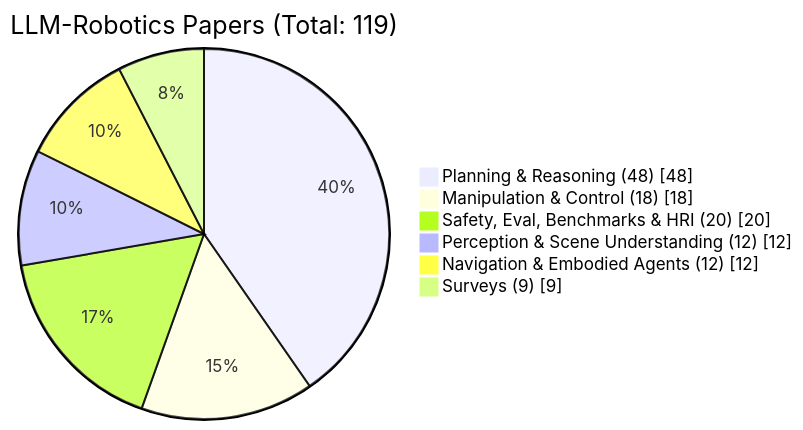
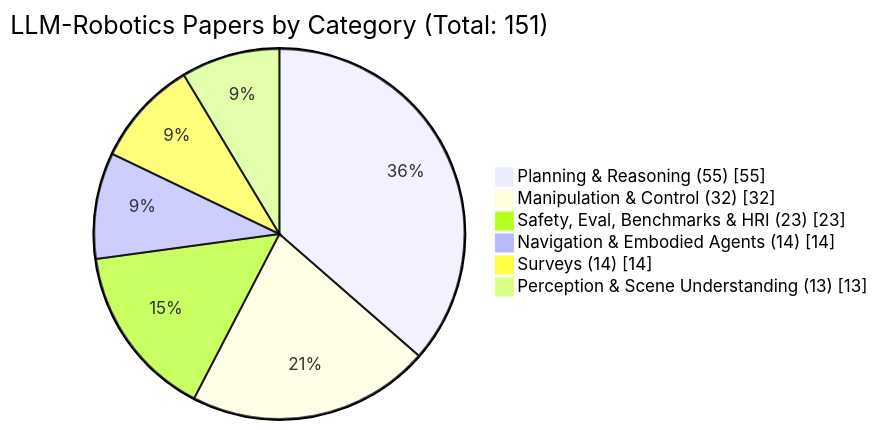
One commit to TTZ-KT/LLMs-Used-in-Robotics changed the diagram in README.md. Above: the diagram before and after it, drawn with Mermaid. The commit also changed other lines of this file, not shown here.

````diff
--- a/README.md
+++ b/README.md
@@ -64,10 +70,10 @@
 ```mermaid
 pie showData
-    title LLM-Robotics Papers (Total: 119)
-    "Planning & Reasoning (48)" : 48
-    "Manipulation & Control (18)" : 18
-    "Safety, Eval, Benchmarks & HRI (20)" : 20
-    "Perception & Scene Understanding (12)" : 12
-    "Navigation & Embodied Agents (12)" : 12
-    "Surveys (9)" : 9
+    title LLM-Robotics Papers by Category (Total: 151)
+    "Planning & Reasoning (55)" : 55
+    "Manipulation & Control (32)" : 32
+    "Safety, Eval, Benchmarks & HRI (23)" : 23
+    "Navigation & Embodied Agents (14)" : 14
+    "Surveys (14)" : 14
+    "Perception & Scene Understanding (13)" : 13
 ```
````
